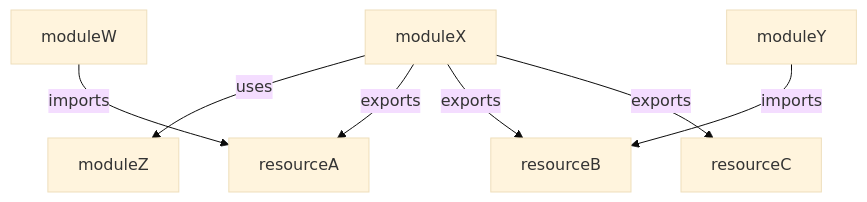
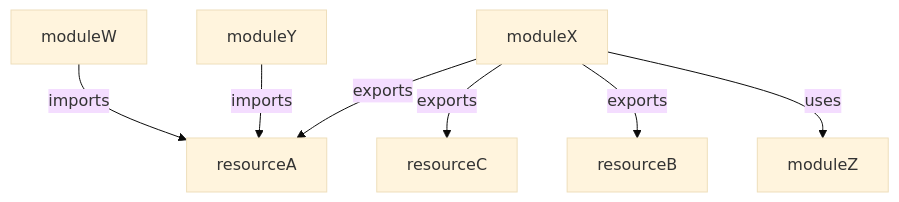
The diagram in m/modularisation.md (maglocvnus/data), drawn with Mermaid (base theme) before and after one commit.

Commit message:
Change moduleY import from resourceB to resourceA

````diff
--- a/m/modularisation.md
+++ b/m/modularisation.md
@@ -13,11 +13,11 @@
 ```mermaid
 graph TD
   
   moduleX -- uses --> moduleZ
   moduleW -- imports --> resourceA
-  moduleY -- imports --> resourceB
+  moduleY -- imports --> resourceA
   moduleX -- exports --> resourceA
   moduleX -- exports --> resourceB
   moduleX -- exports --> resourceC
 
 ```
````
